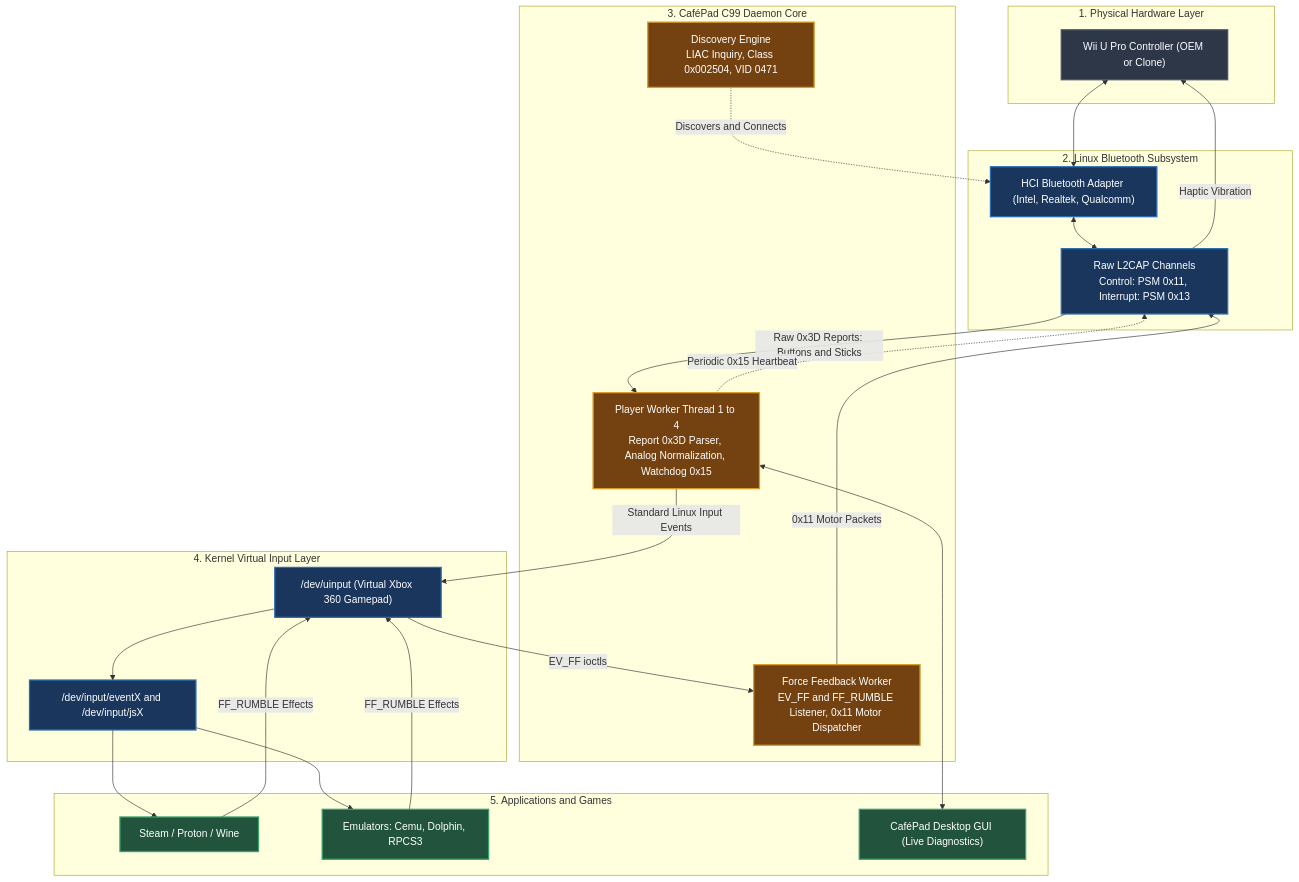
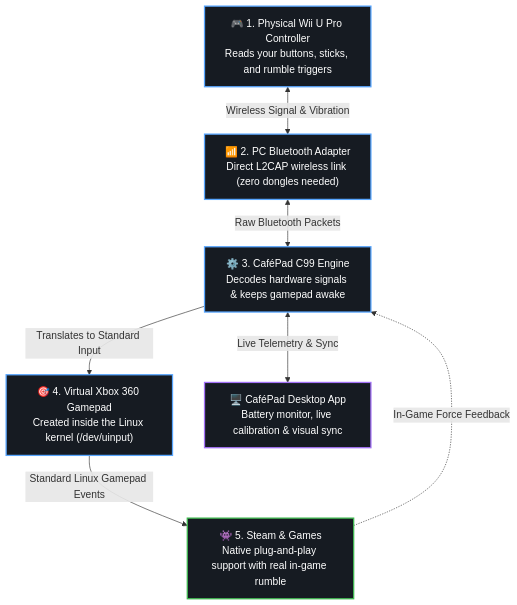
One commit to enricopro/cafepad changed the diagram in README.md. Above: the diagram before and after it, drawn with Mermaid.

Commit message:
docs: redesign architecture diagram with clean linear human flow and icons

````diff
--- a/README.md
+++ b/README.md
@@ -59,54 +59,20 @@
 ```mermaid
 flowchart TD
-    classDef hw fill:#2d3748,stroke:#4a5568,stroke-width:2px,color:#fff;
-    classDef kernel fill:#1a365d,stroke:#2b6cb0,stroke-width:2px,color:#fff;
-    classDef engine fill:#744210,stroke:#d69e2e,stroke-width:2px,color:#fff;
-    classDef app fill:#22543d,stroke:#38a169,stroke-width:2px,color:#fff;
+    classDef mainNode fill:#161b22,stroke:#58a6ff,stroke-width:2px,color:#ffffff;
+    classDef sideNode fill:#161b22,stroke:#a371f7,stroke-width:2px,color:#ffffff;
+    classDef gameNode fill:#161b22,stroke:#3fb950,stroke-width:2px,color:#ffffff;
 
-    subgraph Hardware ["1. Physical Hardware Layer"]
-        PAD["Wii U Pro Controller (OEM or Clone)"]:::hw
-    end
+    PAD["🎮 1. Physical Wii U Pro Controller<br/>Reads your buttons, sticks, and rumble triggers"]:::mainNode
+    BT["📶 2. PC Bluetooth Adapter<br/>Direct L2CAP wireless link (zero dongles needed)"]:::mainNode
+    CORE["⚙️ 3. CaféPad C99 Engine<br/>Decodes hardware signals & keeps gamepad awake"]:::mainNode
+    VIRT["🎯 4. Virtual Xbox 360 Gamepad<br/>Created inside the Linux kernel (/dev/uinput)"]:::mainNode
+    GAMES["👾 5. Steam & Games<br/>Native plug-and-play support with real in-game rumble"]:::gameNode
+    GUI["🖥️ CaféPad Desktop App<br/>Battery monitor, live calibration & visual sync"]:::sideNode
 
-    subgraph KernelBT ["2. Linux Bluetooth Subsystem"]
-        HCI["HCI Bluetooth Adapter (Intel, Realtek, Qualcomm)"]:::kernel
-        L2CAP["Raw L2CAP Channels<br/>Control: PSM 0x11, Interrupt: PSM 0x13"]:::kernel
-    end
-
-    subgraph DaemonEngine ["3. CaféPad C99 Daemon Core"]
-        SCANNER["Discovery Engine<br/>LIAC Inquiry, Class 0x002504, VID 0471"]:::engine
-        WORKER["Player Worker Thread 1 to 4<br/>Report 0x3D Parser, Analog Normalization, Watchdog 0x15"]:::engine
-        RUMBLE["Force Feedback Worker<br/>EV_FF and FF_RUMBLE Listener, 0x11 Motor Dispatcher"]:::engine
-    end
-
-    subgraph KernelUinput ["4. Kernel Virtual Input Layer"]
-        UIN["/dev/uinput (Virtual Xbox 360 Gamepad)"]:::kernel
-        DEV["/dev/input/eventX and /dev/input/jsX"]:::kernel
-    end
-
-    subgraph UserspaceApps ["5. Applications and Games"]
-        STEAM["Steam / Proton / Wine"]:::app
-        EMU["Emulators: Cemu, Dolphin, RPCS3"]:::app
-        GUI["CaféPad Desktop GUI (Live Diagnostics)"]:::app
-    end
-
-    %% Flow connections
-    PAD <--> HCI
-    HCI <--> L2CAP
-    SCANNER -.->|Discovers and Connects| HCI
-    L2CAP -->|Raw 0x3D Reports: Buttons and Sticks| WORKER
-    WORKER -->|Standard Linux Input Events| UIN
-    UIN --> DEV
-    DEV --> STEAM
-    DEV --> EMU
-
-    %% Rumble reverse flow
-    STEAM -->|FF_RUMBLE Effects| UIN
-    EMU -->|FF_RUMBLE Effects| UIN
-    UIN -->|EV_FF ioctls| RUMBLE
-    RUMBLE -->|0x11 Motor Packets| L2CAP
-    L2CAP -->|Haptic Vibration| PAD
-
-    %% Telemetry & Keepalive
-    WORKER -.->|Periodic 0x15 Heartbeat| L2CAP
-    WORKER <--> GUI
+    PAD <-->|Wireless Signal & Vibration| BT
+    BT <-->|Raw Bluetooth Packets| CORE
+    CORE -->|Translates to Standard Input| VIRT
+    VIRT -->|Standard Linux Gamepad Events| GAMES
+    GAMES -.->|In-Game Force Feedback| CORE
+    CORE <-->|Live Telemetry & Sync| GUI
 ```
````
